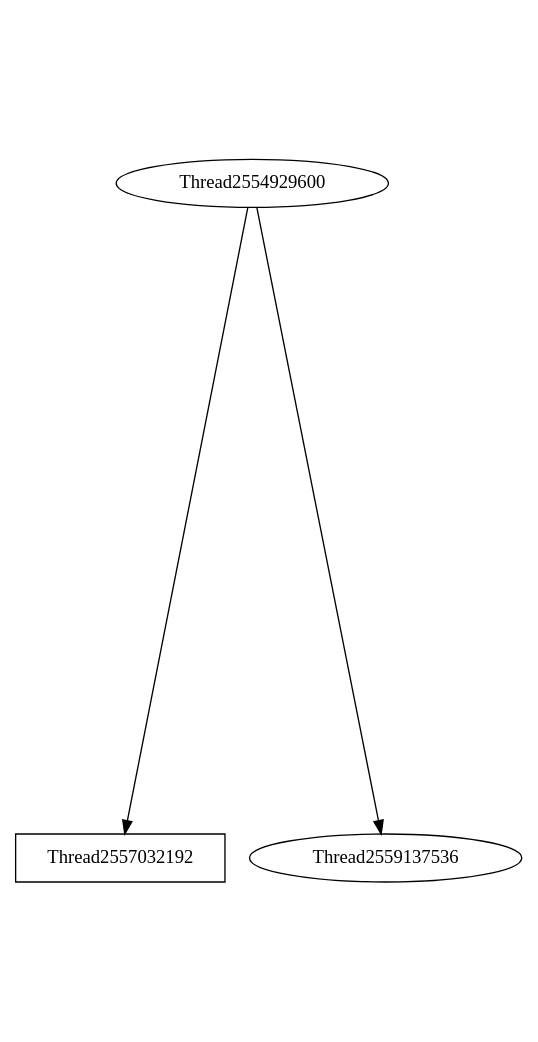
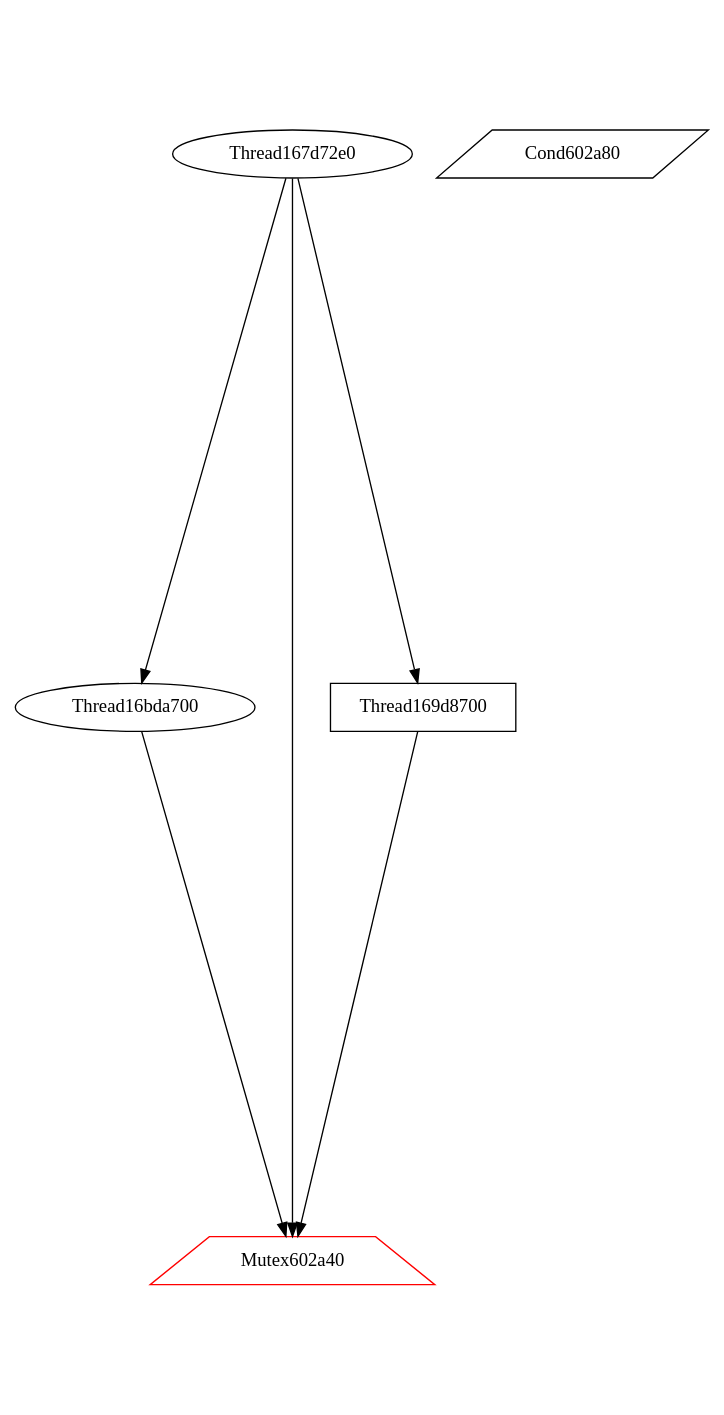
One commit to v4o6/cs410 changed the diagram in view/dot/graph099.dot. Above: the diagram before and after it, drawn with Graphviz. The commit also changed 200 other files, not shown here.

```diff
--- a/view/dot/graph099.dot
+++ b/view/dot/graph099.dot
@@ -1,6 +1,11 @@
 digraph G {
 graph[center=true, ratio=2];
-Thread2554929600 -> Thread2557032192 [arrowhead=normal];
-Thread2554929600 -> Thread2559137536 [arrowhead=normal];
-Thread2557032192 [shape=box,color=black];
+Thread16bda700 -> Mutex602a40 [arrowhead=normal,color=black];
+Mutex602a40 [shape=trapezium,color=red];
+Cond602a80 [shape=parallelogram,color=black];
+Thread169d8700 [shape=box,color=black];
+Thread169d8700 -> Mutex602a40 [arrowhead=normal,color=black];
+Thread167d72e0 -> Thread16bda700 [arrowhead=normal];
+Thread167d72e0 -> Mutex602a40 [arrowhead=normal,color=black];
+Thread167d72e0 -> Thread169d8700 [arrowhead=normal];
 }
```
